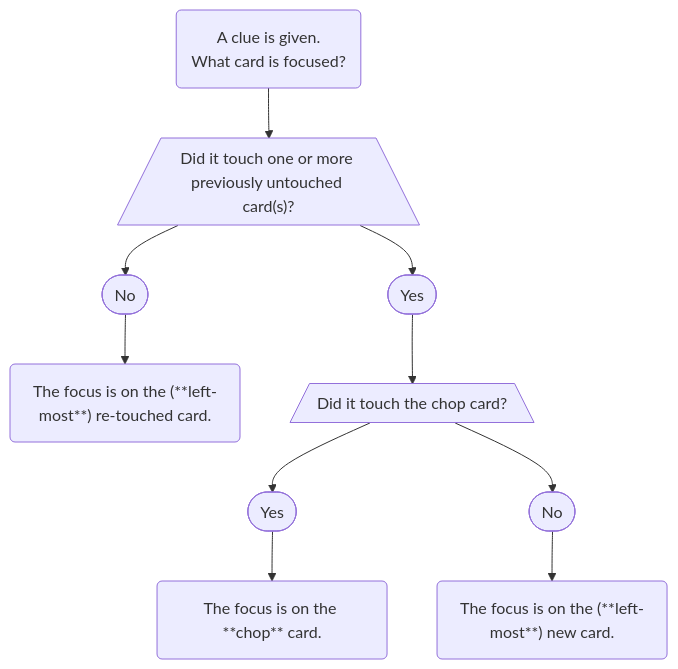
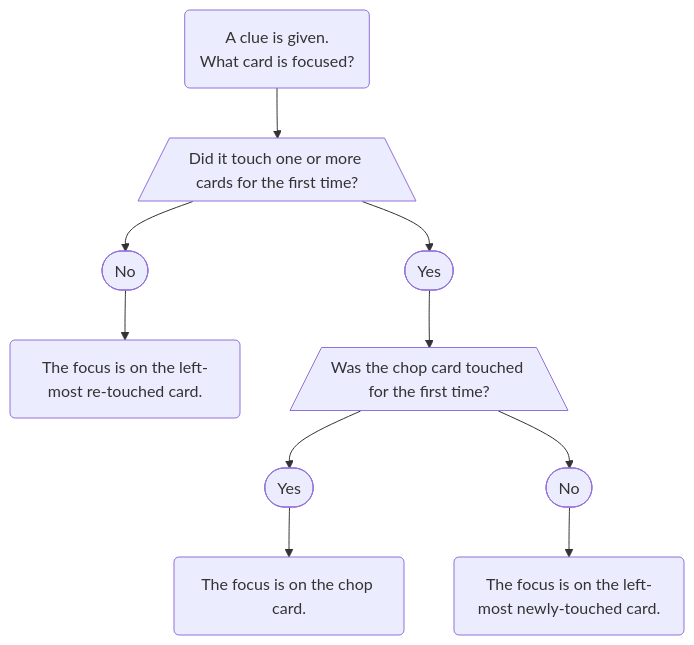
The diagram in docs/level-1.mdx (hanabi/hanabi.github.io), drawn with Mermaid before and after one commit. The commit also changed 1 other file, not shown here.

````diff
--- a/docs/level-1.mdx
+++ b/docs/level-1.mdx
@@ -58,29 +58,29 @@
 ```mermaid
 flowchart TD;
 
 S(A clue is given.<br />What card is focused?)
-D1[/"Did it touch one or more previously untouched card(s)?"\]
+D1[/"Did it touch one or more cards for the first time?"\]
 D1Y([Yes])
 D1N([No])
-D1NL("The focus is on the (**left-most**) re-touched card.")
-D2[/"Did it touch the chop card?"\]
+D1NL("The focus is on the left-most re-touched card.")
+D2[/"Was the chop card touched for the first time?"\]
 D2Y([Yes])
 D2N([No])
-D2YL(The focus is on the **chop** card.)
-D2NL("The focus is on the (**left-most**) new card.")
+D2YL(The focus is on the chop card.)
+D2NL("The focus is on the left-most newly-touched card.")
 
 class D1Y,D2Y node-yes
 class D1N,D2N node-no
 class S,D1NL,D2YL,D2NL node-act
 class D1,D2 node-dec
 
 S --> D1;
 D1 --> D1Y;
 D1 --> D1N;
 D1N --> D1NL;
 D1Y --> D2;
 D2 --> D2Y;
 D2 --> D2N;
 D2Y --> D2YL;
 D2N --> D2NL;
 ```
````
